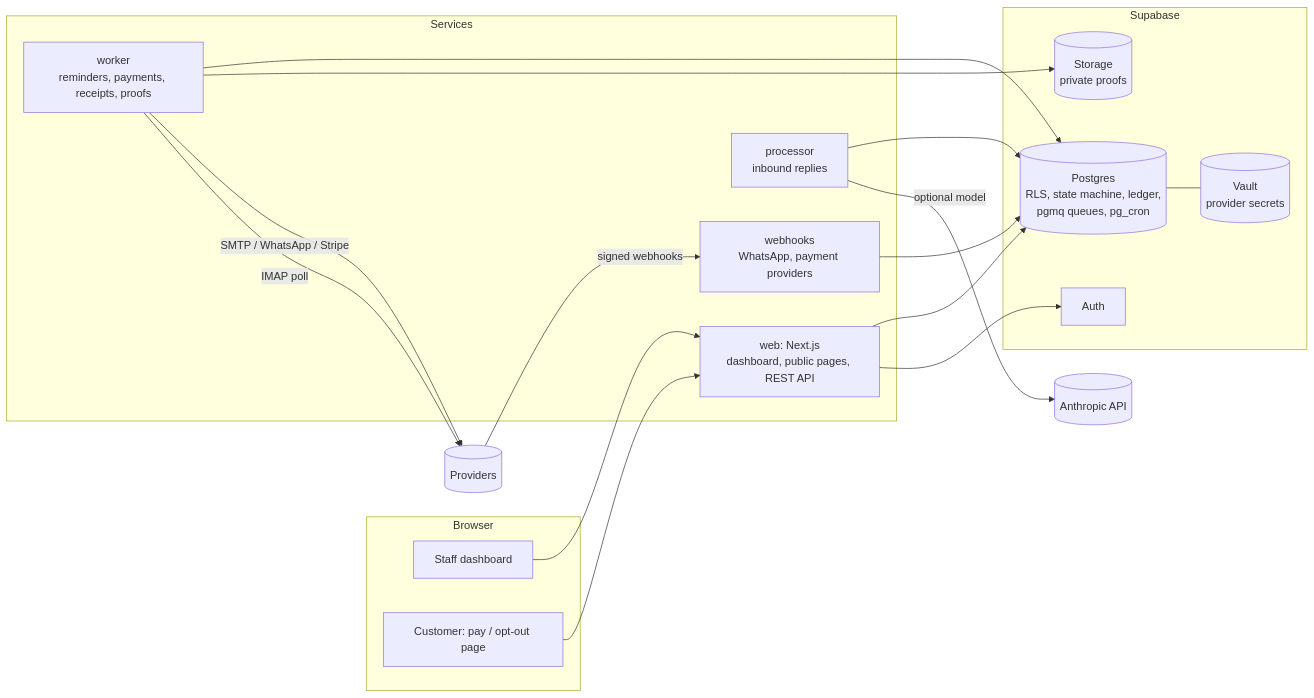
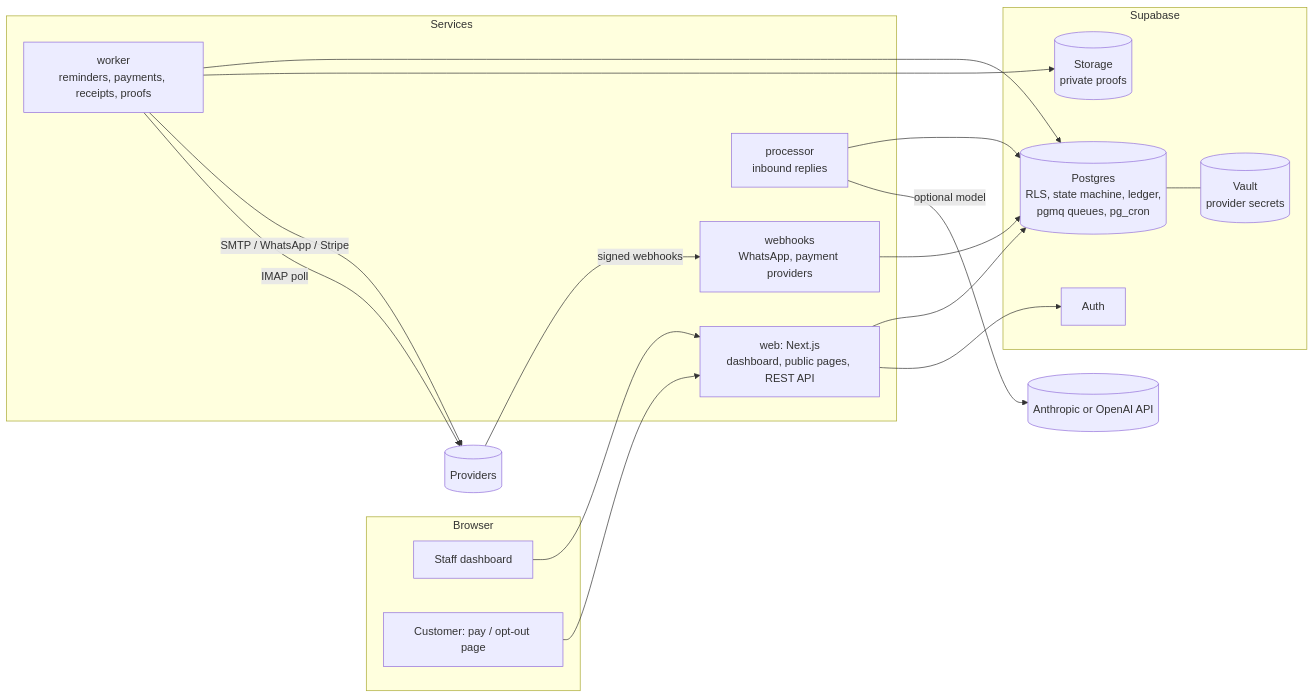
One commit to ahmadtahir1399/Dueloop changed the diagram in docs/architecture.md. Above: the diagram before and after it, drawn with Mermaid. The commit also changed 29 other files, not shown here.

````diff
--- a/docs/architecture.md
+++ b/docs/architecture.md
@@ -8,32 +8,32 @@
 ```mermaid
 flowchart LR
   subgraph Browser
     Staff[Staff dashboard]
     Customer[Customer: pay / opt-out page]
   end
   subgraph Services
     Web[web: Next.js<br/>dashboard, public pages, REST API]
     Hooks[webhooks<br/>WhatsApp, payment providers]
     Worker[worker<br/>reminders, payments, receipts, proofs]
     Proc[processor<br/>inbound replies]
   end
   subgraph Supabase
     DB[(Postgres<br/>RLS, state machine, ledger,<br/>pgmq queues, pg_cron)]
     Auth[Auth]
     Store[(Storage<br/>private proofs)]
     Vault[(Vault<br/>provider secrets)]
   end
   Staff --> Web
   Customer --> Web
   Web --> DB
   Web --> Auth
   Hooks --> DB
   Worker --> DB
   Proc --> DB
   Worker --> Store
   DB --- Vault
   Worker -- SMTP / WhatsApp / Stripe --> Providers[(Providers)]
-  Proc -- optional model --> Model[(Anthropic API)]
+  Proc -- optional model --> Model[(Anthropic or OpenAI API)]
   Providers -- signed webhooks --> Hooks
   Worker -- IMAP poll --> Providers
 ```
````
